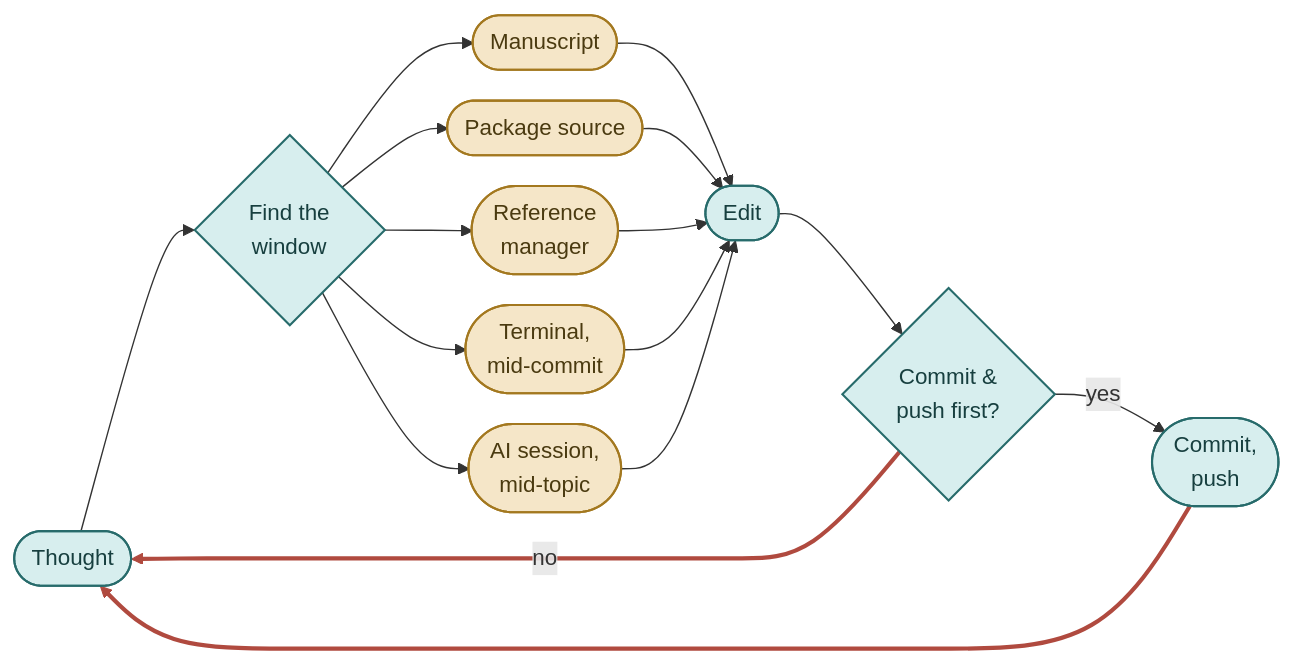
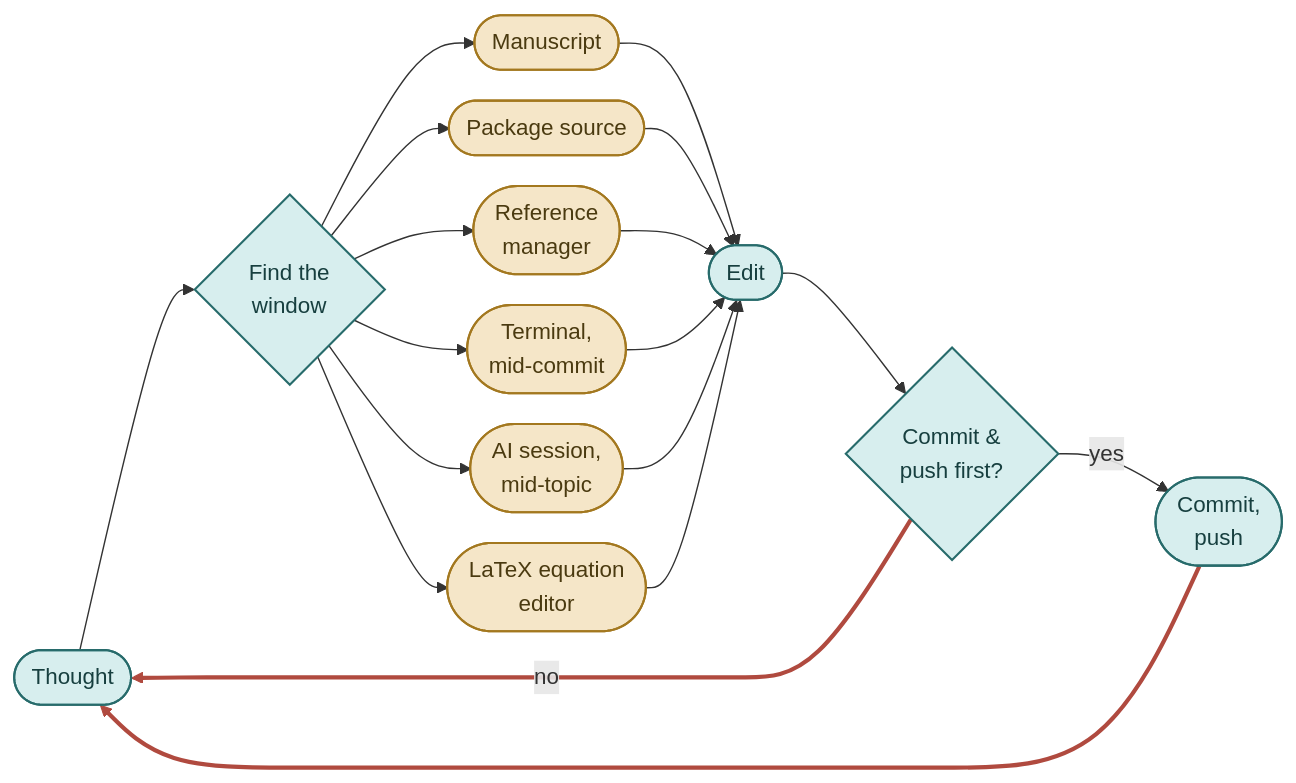
The third of 4 diagrams in blog/drafts/tired-horses/index.qmd (friendly/friendly.github.io), drawn with Mermaid before and after one commit. The commit also changed other lines of this file, not shown here.

Commit message:
Tired-horses draft: add LaTeX equation editor to the windows diagram

````diff
--- a/blog/drafts/tired-horses/index.qmd
+++ b/blog/drafts/tired-horses/index.qmd
@@ -463,33 +464,35 @@
 ```{mermaid}
 %%| label: fig-thought-window-edit
 %%| fig-cap: "The thought -> window -> edit loop, and how many windows there are to pick from."
 %%| fig-align: center
 %%| fig-width: 10
 %%| fig-height: 6
 %%{init: {"flowchart": {"curve": "basis", "nodeSpacing": 22, "rankSpacing": 45}, "themeCSS": ".stage { filter: drop-shadow(2px 3px 2px #b8c2c2); } .window { filter: drop-shadow(2px 3px 2px #b8c2c2); }"}}%%
 flowchart LR
   thought([Thought]) --> findw{Find the<br/>window}
 
   findw --> manuscript([Manuscript])
   findw --> pkg([Package source])
   findw --> refs([Reference<br/>manager])
   findw --> terminal([Terminal,<br/>mid-commit])
   findw --> ai([AI session,<br/>mid-topic])
+  findw --> latex([LaTeX equation<br/>editor])
 
   manuscript --> edit([Edit])
   pkg --> edit
   refs --> edit
   terminal --> edit
   ai --> edit
+  latex --> edit
 
   edit --> commit{Commit &<br/>push first?}
   commit -- yes --> push([Commit,<br/>push])
   push ==> thought
   commit == no ==> thought
 
   classDef stage fill:#d7eeee,stroke:#276b6b,stroke-width:1.5px,color:#173f3f;
   classDef window fill:#f5e6c8,stroke:#a3781f,stroke-width:1.5px,color:#4a3a10;
   class thought,findw,edit,commit,push stage;
-  class manuscript,pkg,refs,terminal,ai window;
-  linkStyle 13,14 stroke:#b04a3f,stroke-width:3px;
+  class manuscript,pkg,refs,terminal,ai,latex window;
+  linkStyle 15,16 stroke:#b04a3f,stroke-width:3px;
 ```
````
